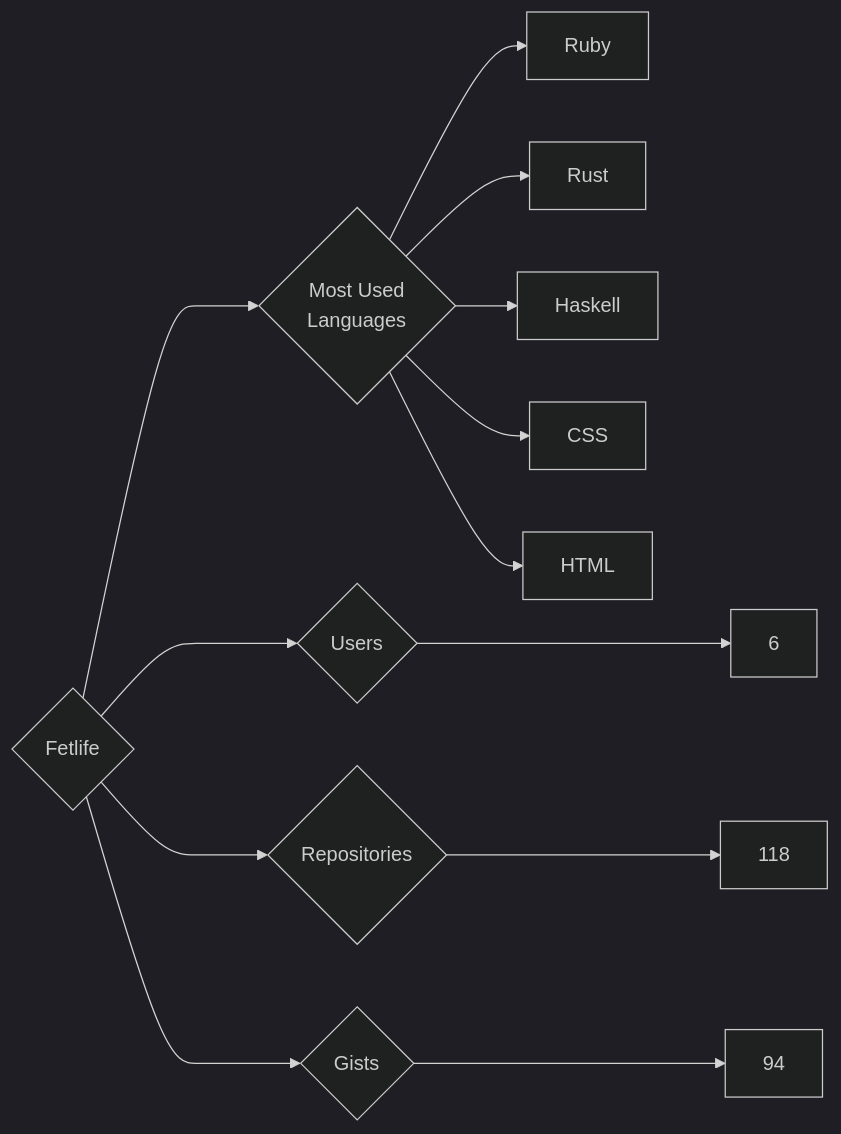
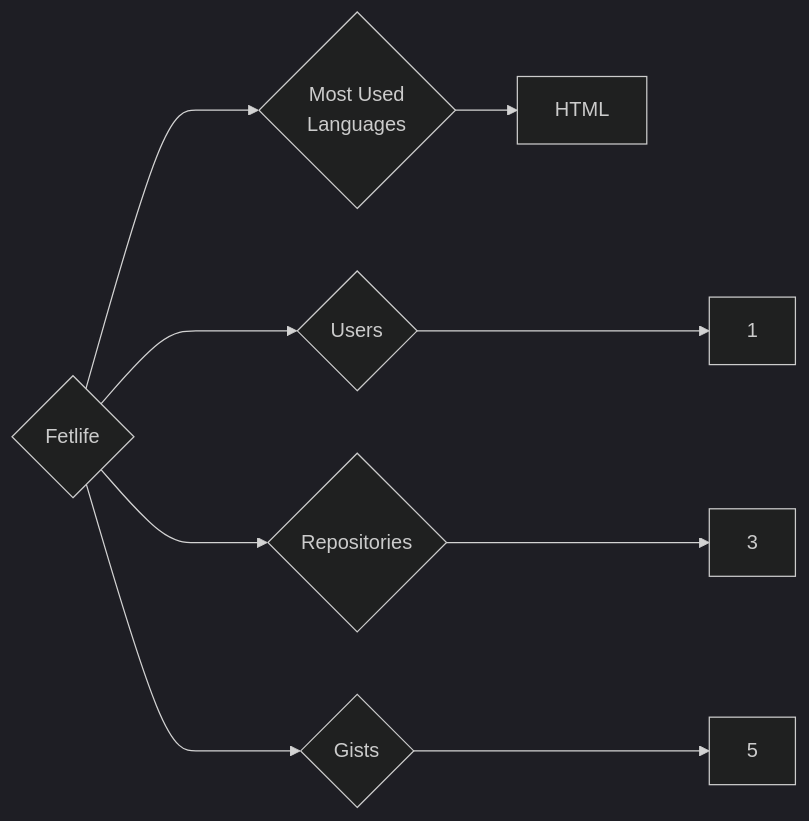
The diagram in targets/Fetlife/README.md (trickest/insiders), drawn with Mermaid (dark theme) before and after one commit. The commit also changed 934 other files, not shown here.

````diff
--- a/targets/Fetlife/README.md
+++ b/targets/Fetlife/README.md
@@ -3,13 +3,9 @@
 ```mermaid
 graph LR
 COMPANY_NAME{Fetlife}
-COMPANY_NAME ---> U{Users} ---> UN[6]
-COMPANY_NAME ---> R{Repositories} ---> RN[118]
-COMPANY_NAME ---> G{Gists} ---> GN[94]
+COMPANY_NAME ---> U{Users} ---> UN[1]
+COMPANY_NAME ---> R{Repositories} ---> RN[3]
+COMPANY_NAME ---> G{Gists} ---> GN[5]
 COMPANY_NAME ---> ML{Most Used<br>Languages}
-ML --> Ruby[Ruby]
-ML --> Rust[Rust]
-ML --> Haskell[Haskell]
-ML --> CSS[CSS]
 ML --> HTML[HTML]
 ```
````
